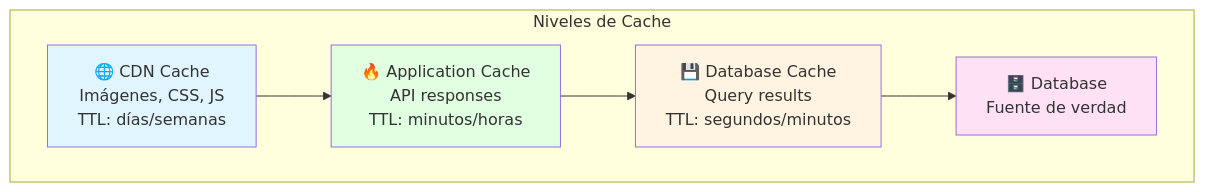
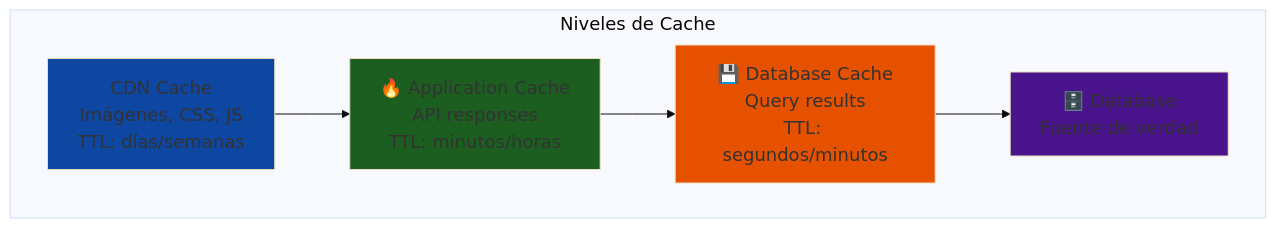
One commit to Ai-Whisperers/Courses-Content changed the sixth of 20 diagrams in courses/🟡-development/FPUNA-2026/01-DESARROLLO-SOFTWARE/05-diseno-sistemas.md. Above: the diagram before and after it, drawn with Mermaid. The commit also changed other lines of this file and 47 other files, not shown here.

First line of the commit message:
fix: Make all 473 diagrams WCAG AAA accessible (FPUNA-2026)

````diff
--- a/courses/🟡-development/FPUNA-2026/01-DESARROLLO-SOFTWARE/05-diseno-sistemas.md
+++ b/courses/🟡-development/FPUNA-2026/01-DESARROLLO-SOFTWARE/05-diseno-sistemas.md
@@ -198,18 +203,19 @@
 ```mermaid
+%%{init: {'theme':'base', 'themeVariables': {'fontSize':'18px'}}}%%
 graph TD
     subgraph "Niveles de Cache"
-        A[🌐 CDN Cache<br/>Imágenes, CSS, JS<br/>TTL: días/semanas]
+        A[CDN Cache<br/>Imágenes, CSS, JS<br/>TTL: días/semanas]
         B[🔥 Application Cache<br/>API responses<br/>TTL: minutos/horas]
         C[💾 Database Cache<br/>Query results<br/>TTL: segundos/minutos]
         D[🗄️ Database<br/>Fuente de verdad]
         
         A --> B
         B --> C
         C --> D
     end
     
-    style A fill:#E1F5FF
-    style B fill:#E1FFE1
-    style C fill:#FFF4E1
-    style D fill:#FFE1F5
+    style A fill:#0d47a1
+    style B fill:#1b5e20
+    style C fill:#e65100
+    style D fill:#4a148c
 ```
````
